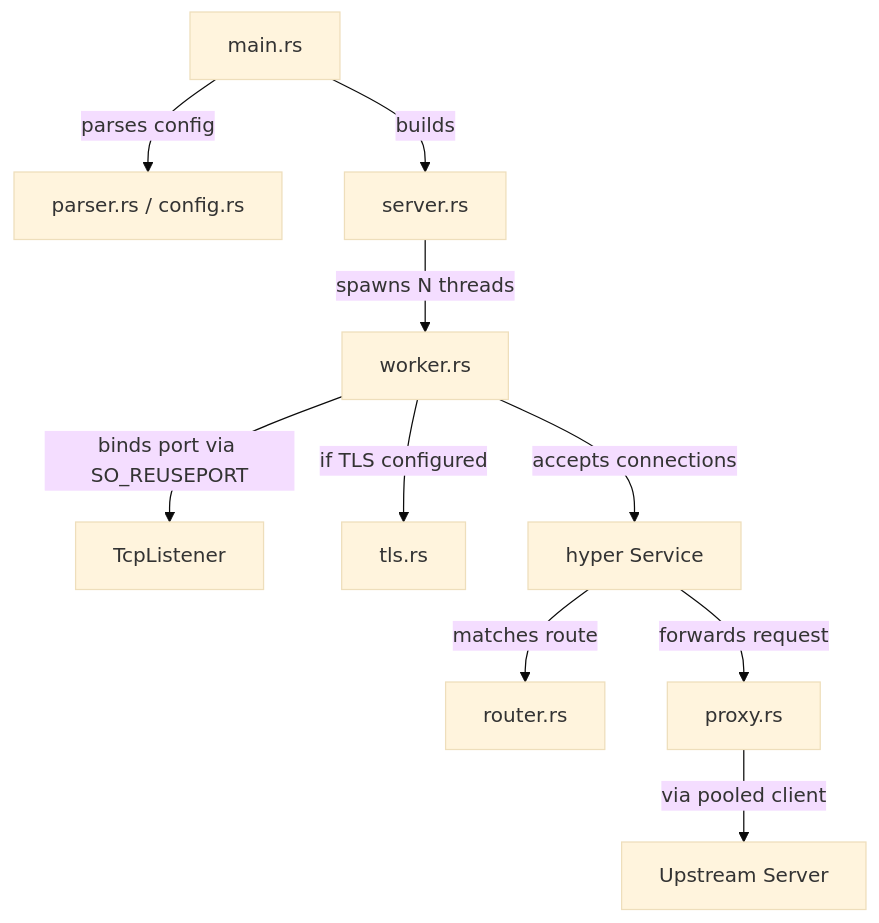
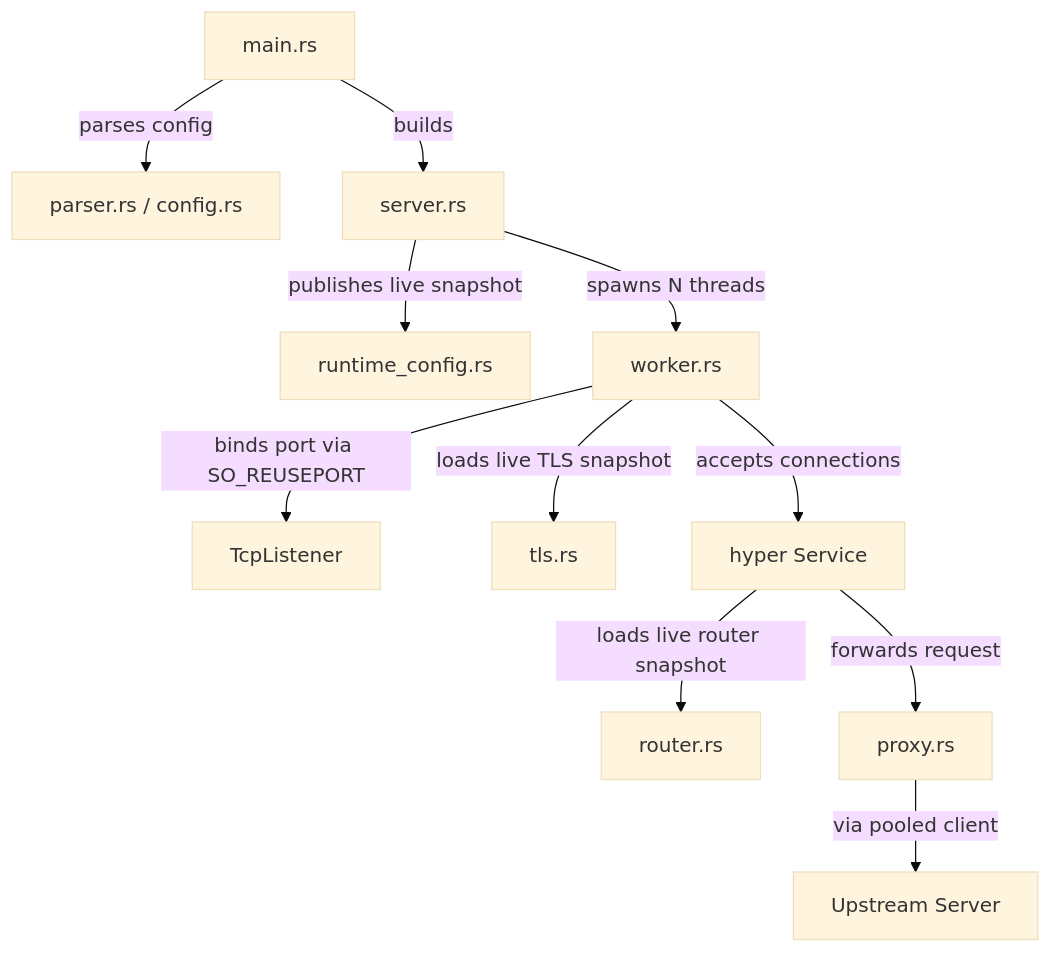
The diagram in README.md (HughStanway/Barebones-Reverse-Proxy), drawn with Mermaid (base theme) before and after one commit. The commit also changed other lines of this file and 3 other files, not shown here.

````diff
--- a/README.md
+++ b/README.md
@@ -42,12 +44,13 @@
 ```mermaid
 graph TD
     A[main.rs] -->|parses config| B[parser.rs / config.rs]
     A -->|builds| C[server.rs]
+    C -->|publishes live snapshot| RUNTIME[runtime_config.rs]
     C -->|spawns N threads| W[worker.rs]
     W -->|binds port via SO_REUSEPORT| L[TcpListener]
-    W -->|if TLS configured| D[tls.rs]
+    W -->|loads live TLS snapshot| D[tls.rs]
     W -->|accepts connections| E[hyper Service]
-    E -->|matches route| F[router.rs]
+    E -->|loads live router snapshot| F[router.rs]
     E -->|forwards request| G[proxy.rs]
     G -->|via pooled client| H[Upstream Server]
 ```
````
